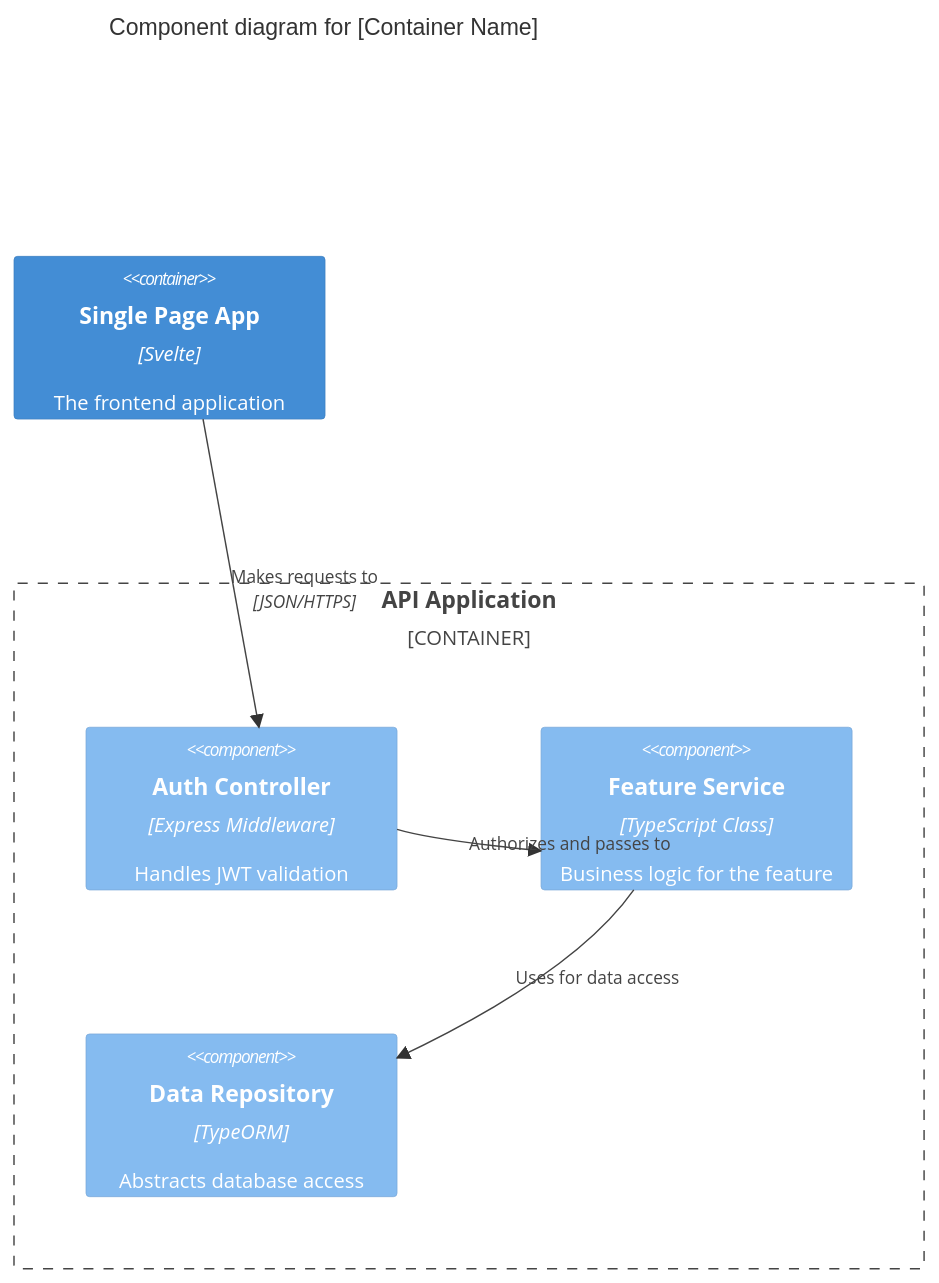
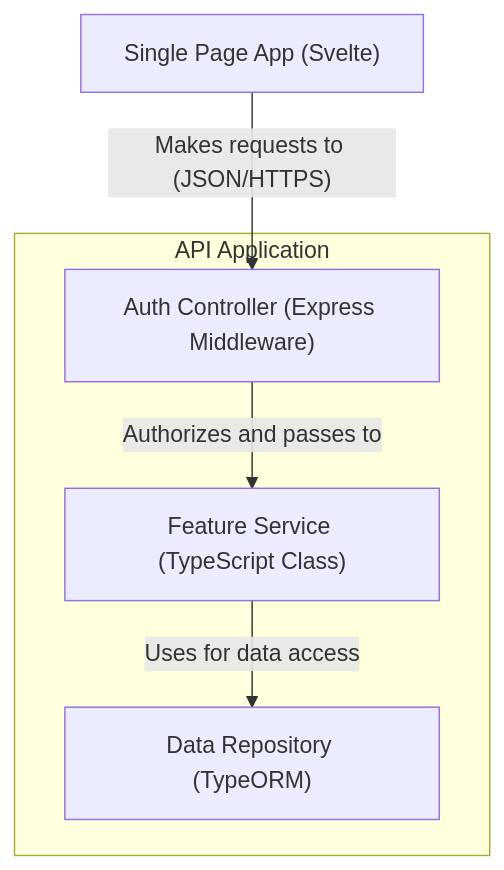
Before and after one commit to fmatar/sealit: the third of 4 diagrams in docs/templates/C4_ARCHITECTURE_TEMPLATE.md, drawn with Mermaid. The commit also changed other lines of this file and 12 other files, not shown here.

````diff
--- a/docs/templates/C4_ARCHITECTURE_TEMPLATE.md
+++ b/docs/templates/C4_ARCHITECTURE_TEMPLATE.md
@@ -43,16 +29,8 @@
 ```mermaid
-C4Component
-    title Component diagram for [Container Name]
-    
-    Container(spa, "Single Page App", "Svelte", "The frontend application")
-    
-    Container_Boundary(api, "API Application") {
-        Component(auth, "Auth Controller", "Express Middleware", "Handles JWT validation")
-        Component(feature, "Feature Service", "TypeScript Class", "Business logic for the feature")
-        Component(repo, "Data Repository", "TypeORM", "Abstracts database access")
-    }
-    
-    Rel(spa, auth, "Makes requests to", "JSON/HTTPS")
-    Rel(auth, feature, "Authorizes and passes to")
-    Rel(feature, repo, "Uses for data access")
+flowchart TD
+    spa["Single Page App (Svelte)"] -->|"Makes requests to (JSON/HTTPS)"| auth["Auth Controller (Express Middleware)"]
+    subgraph ApiBoundary["API Application"]
+        auth -->|"Authorizes and passes to"| feature["Feature Service (TypeScript Class)"]
+        feature -->|"Uses for data access"| repo["Data Repository (TypeORM)"]
+    end
 ```
````
